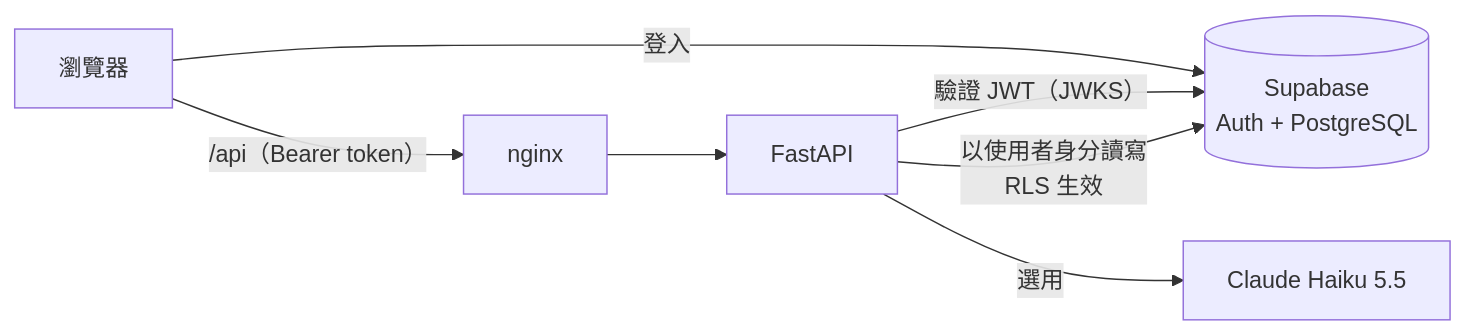
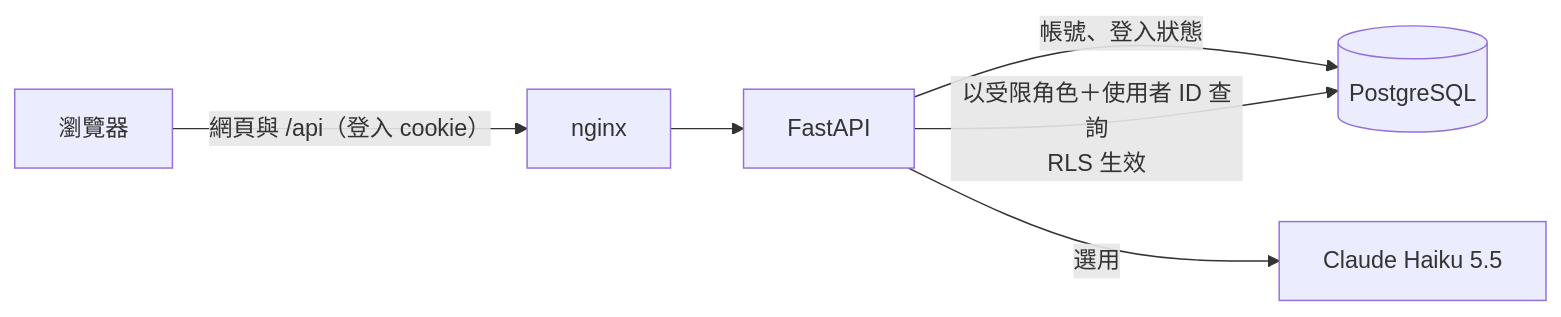
One commit to Yao920127/threadsinsight changed the diagram in README.md. Above: the diagram before and after it, drawn with Mermaid. The commit also changed other lines of this file and 9 other files, not shown here.

First line of the commit message:
docs: 改用 PostgreSQL 與自建登入後更新文件與架構圖

````diff
--- a/README.md
+++ b/README.md
@@ -37,9 +38,8 @@
 ```mermaid
 flowchart LR
-    B[瀏覽器] -- 登入 --> S[(Supabase<br/>Auth + PostgreSQL)]
-    B -- "/api（Bearer token）" --> W[nginx]
+    B[瀏覽器] -- "網頁與 /api（登入 cookie）" --> W[nginx]
     W --> A[FastAPI]
-    A -- 驗證 JWT（JWKS） --> S
-    A -- 以使用者身分讀寫<br/>RLS 生效 --> S
+    A -- "帳號、登入狀態" --> D[(PostgreSQL)]
+    A -- "以受限角色＋使用者 ID 查詢<br/>RLS 生效" --> D
     A -- 選用 --> C[Claude Haiku 5.5]
 ```
````
